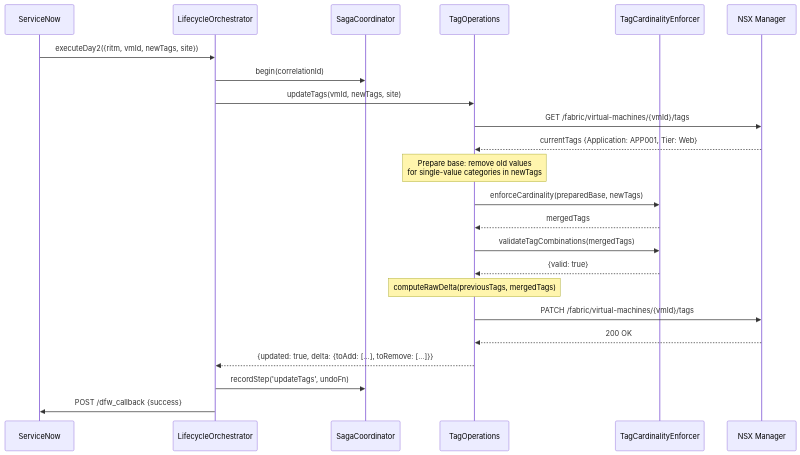
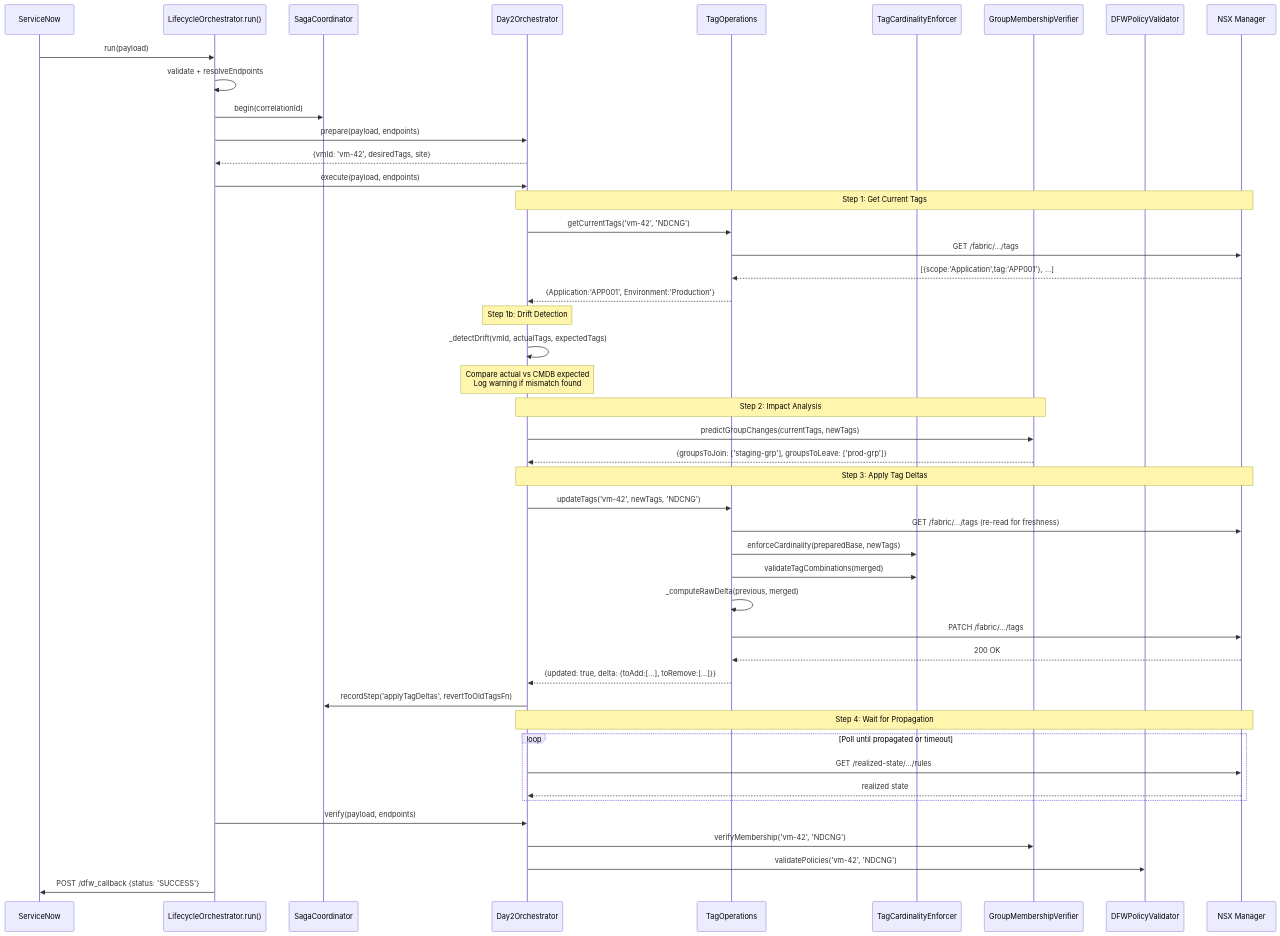
The third of 10 diagrams in docs/LLD.md (srikanth-nalam/dfw-automation-pipeline), drawn with Mermaid before and after one commit. The commit also changed other lines of this file and 5 other files, not shown here.

First line of the commit message:
feat: update schemas, OpenAPI spec, and docs for production alignment

````diff
--- a/docs/LLD.md
+++ b/docs/LLD.md
@@ -348,30 +974,58 @@
 ```mermaid
 sequenceDiagram
-    participant Client as ServiceNow
-    participant Orch as LifecycleOrchestrator
+    participant SNOW as ServiceNow
+    participant VRO as LifecycleOrchestrator.run()
     participant Saga as SagaCoordinator
+    participant D2 as Day2Orchestrator
     participant Tags as TagOperations
     participant TCE as TagCardinalityEnforcer
+    participant GMV as GroupMembershipVerifier
+    participant DFWV as DFWPolicyValidator
     participant NSX as NSX Manager
 
-    Client->>Orch: executeDay2({ritm, vmId, newTags, site})
-    Orch->>Saga: begin(correlationId)
+    SNOW->>VRO: run(payload)
+    VRO->>VRO: validate + resolveEndpoints
+    VRO->>Saga: begin(correlationId)
 
-    Orch->>Tags: updateTags(vmId, newTags, site)
-    Tags->>NSX: GET /fabric/virtual-machines/{vmId}/tags
-    NSX-->>Tags: currentTags {Application: APP001, Tier: Web}
+    VRO->>D2: prepare(payload, endpoints)
+    D2-->>VRO: {vmId: 'vm-42', desiredTags, site}
 
-    Note over Tags: Prepare base: remove old values<br/>for single-value categories in newTags
+    VRO->>D2: execute(payload, endpoints)
+
+    Note over D2,NSX: Step 1: Get Current Tags
+    D2->>Tags: getCurrentTags('vm-42', 'NDCNG')
+    Tags->>NSX: GET /fabric/.../tags
+    NSX-->>Tags: [{scope:'Application',tag:'APP001'}, ...]
+    Tags-->>D2: {Application:'APP001', Environment:'Production'}
+
+    Note over D2: Step 1b: Drift Detection
+    D2->>D2: _detectDrift(vmId, actualTags, expectedTags)
+    Note over D2: Compare actual vs CMDB expected<br/>Log warning if mismatch found
+
+    Note over D2,GMV: Step 2: Impact Analysis
+    D2->>GMV: predictGroupChanges(currentTags, newTags)
+    GMV-->>D2: {groupsToJoin: ['staging-grp'], groupsToLeave: ['prod-grp']}
+
+    Note over D2,NSX: Step 3: Apply Tag Deltas
+    D2->>Tags: updateTags('vm-42', newTags, 'NDCNG')
+    Tags->>NSX: GET /fabric/.../tags (re-read for freshness)
     Tags->>TCE: enforceCardinality(preparedBase, newTags)
-    TCE-->>Tags: mergedTags
-    Tags->>TCE: validateTagCombinations(mergedTags)
-    TCE-->>Tags: {valid: true}
+    Tags->>TCE: validateTagCombinations(merged)
+    Tags->>Tags: _computeRawDelta(previous, merged)
+    Tags->>NSX: PATCH /fabric/.../tags
+    NSX-->>Tags: 200 OK
+    Tags-->>D2: {updated: true, delta: {toAdd:[...], toRemove:[...]}}
+    D2->>Saga: recordStep('applyTagDeltas', revertToOldTagsFn)
 
-    Note over Tags: computeRawDelta(previousTags, mergedTags)
-    Tags->>NSX: PATCH /fabric/virtual-machines/{vmId}/tags
-    NSX-->>Tags: 200 OK
-    Tags-->>Orch: {updated: true, delta: {toAdd: [...], toRemove: [...]}}
-    Orch->>Saga: recordStep('updateTags', undoFn)
+    Note over D2,NSX: Step 4: Wait for Propagation
+    loop Poll until propagated or timeout
+        D2->>NSX: GET /realized-state/.../rules
+        NSX-->>D2: realized state
+    end
 
-    Orch->>Client: POST /dfw_callback {success}
+    VRO->>D2: verify(payload, endpoints)
+    D2->>GMV: verifyMembership('vm-42', 'NDCNG')
+    D2->>DFWV: validatePolicies('vm-42', 'NDCNG')
+
+    VRO->>SNOW: POST /dfw_callback {status: 'SUCCESS'}
 ```
````
